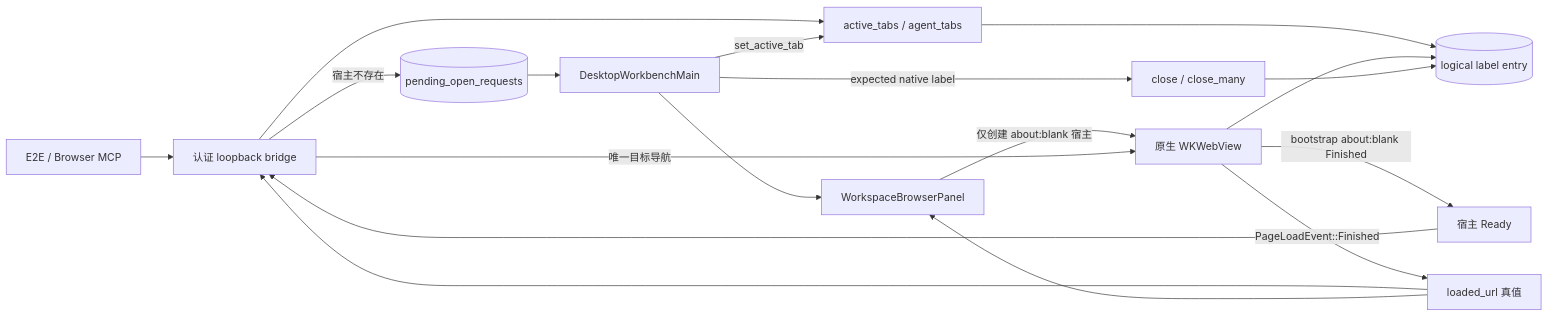
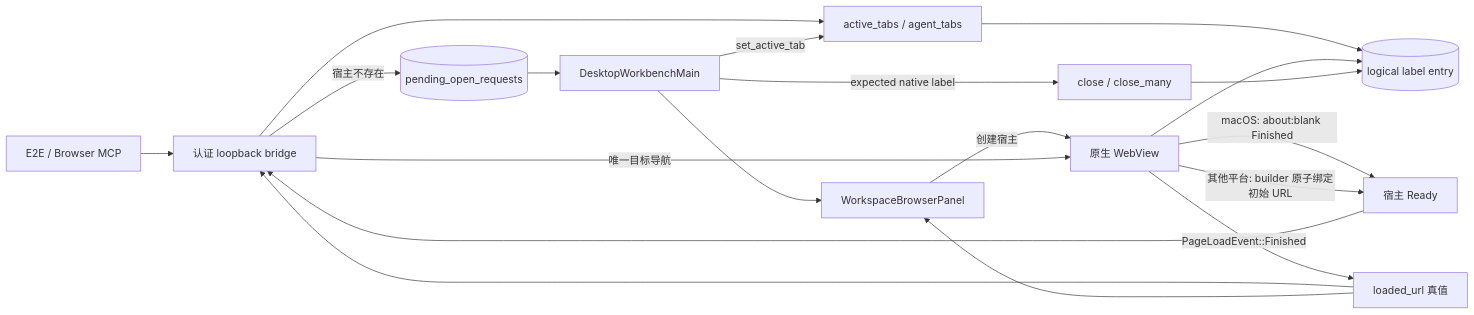
One commit to wecode-ai/Wegent changed the first of 2 diagrams in docs/zh/architecture/embedded-browser.md. Above: the diagram before and after it, drawn with Mermaid. The commit also changed other lines of this file and 3 other files, not shown here.

````diff
--- a/docs/zh/architecture/embedded-browser.md
+++ b/docs/zh/architecture/embedded-browser.md
@@ -9,20 +9,21 @@
 ```mermaid
 flowchart LR
     CALLER[E2E / Browser MCP] --> BRIDGE[认证 loopback bridge]
     BRIDGE --> ROUTE[active_tabs / agent_tabs]
     ROUTE --> ENTRY[(logical label entry)]
     BRIDGE -->|宿主不存在| PENDING[(pending_open_requests)]
     PENDING --> MAIN[DesktopWorkbenchMain]
     MAIN --> PANEL[WorkspaceBrowserPanel]
-    PANEL -->|仅创建 about:blank 宿主| WEBVIEW[原生 WKWebView]
+    PANEL -->|创建宿主| WEBVIEW[原生 WebView]
     WEBVIEW --> ENTRY
-    WEBVIEW -->|bootstrap about:blank Finished| READY[宿主 Ready]
+    WEBVIEW -->|macOS: about:blank Finished| READY[宿主 Ready]
+    WEBVIEW -->|其他平台: builder 原子绑定初始 URL| READY
     READY --> BRIDGE
     BRIDGE -->|唯一目标导航| WEBVIEW
     WEBVIEW -->|PageLoadEvent::Finished| LOADED[loaded_url 真值]
     LOADED --> BRIDGE
     LOADED --> PANEL
     MAIN -->|set_active_tab| ROUTE
     MAIN -->|expected native label| CLOSE[close / close_many]
     CLOSE --> ENTRY
 ```
````
